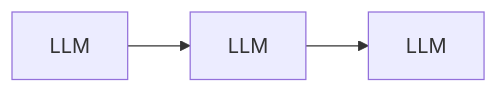
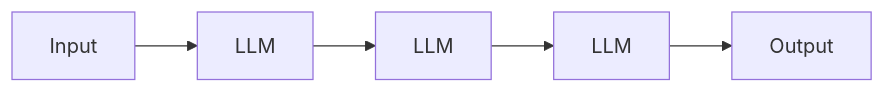
The first of 9 diagrams in README.md (averagejoeslab/agenteng), drawn with Mermaid before and after one commit. The commit also changed other lines of this file, not shown here.

First line of the commit message:
docs(readme): give every pattern diagram explicit Input/Output nodes

````diff
--- a/README.md
+++ b/README.md
@@ -33,4 +33,4 @@
 ```mermaid
 flowchart LR
-    W1[LLM] --> W2[LLM] --> W3[LLM]
+    In[Input] --> W1[LLM] --> W2[LLM] --> W3[LLM] --> Out[Output]
 ```
````
